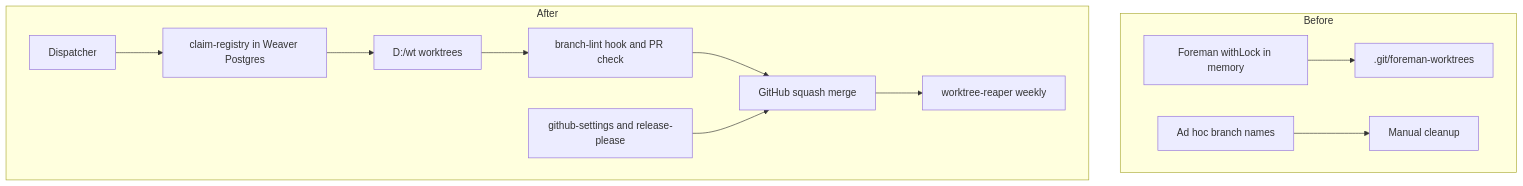
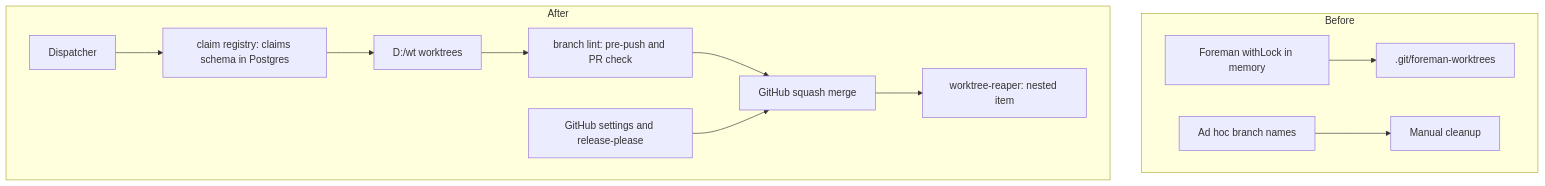
One commit to sibulus13/claudence changed the first of 4 diagrams in docs/work/branch-conventions/architecture.md. Above: the diagram before and after it, drawn with Mermaid. The commit also changed other lines of this file and 9 other files, not shown here.

First line of the commit message:
docs(work): branch-conventions fix round; worktree-reaper child item; gap-ledger checks

````diff
--- a/docs/work/branch-conventions/architecture.md
+++ b/docs/work/branch-conventions/architecture.md
@@ -3,15 +3,15 @@
 ```mermaid
 flowchart TD
   subgraph Before
-    B1[Foreman withLock in memory] --> B2[.git/foreman-worktrees]
-    B3[Ad hoc branch names] --> B4[Manual cleanup]
+    B1["Foreman withLock in memory"] --> B2[".git/foreman-worktrees"]
+    B3["Ad hoc branch names"] --> B4["Manual cleanup"]
   end
   subgraph After
-    A1[Dispatcher] --> A2[claim-registry in Weaver Postgres]
-    A2 --> A3[D:/wt worktrees]
-    A3 --> A4[branch-lint hook and PR check]
-    A4 --> A5[GitHub squash merge]
-    A5 --> A6[worktree-reaper weekly]
-    A7[github-settings and release-please] --> A5
+    A1["Dispatcher"] --> A2["claim registry: claims schema in Postgres"]
+    A2 --> A3["D:/wt worktrees"]
+    A3 --> A4["branch lint: pre-push and PR check"]
+    A4 --> A5["GitHub squash merge"]
+    A5 --> A6["worktree-reaper: nested item"]
+    A7["GitHub settings and release-please"] --> A5
   end
 ```
````
